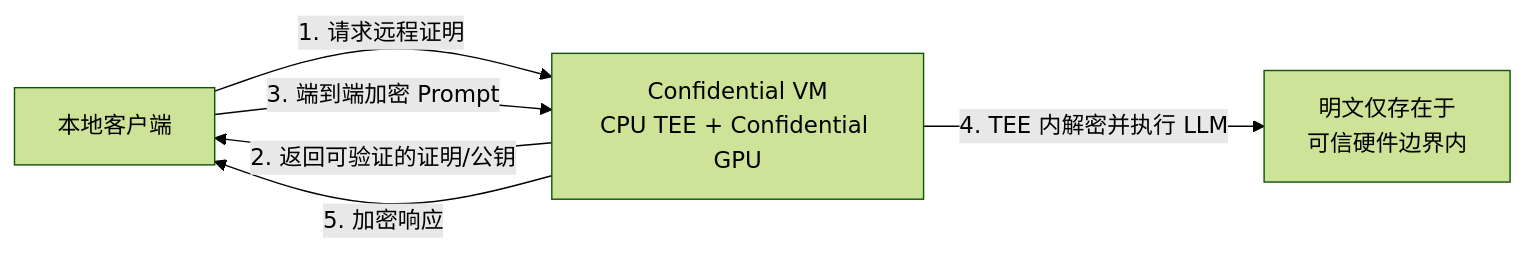
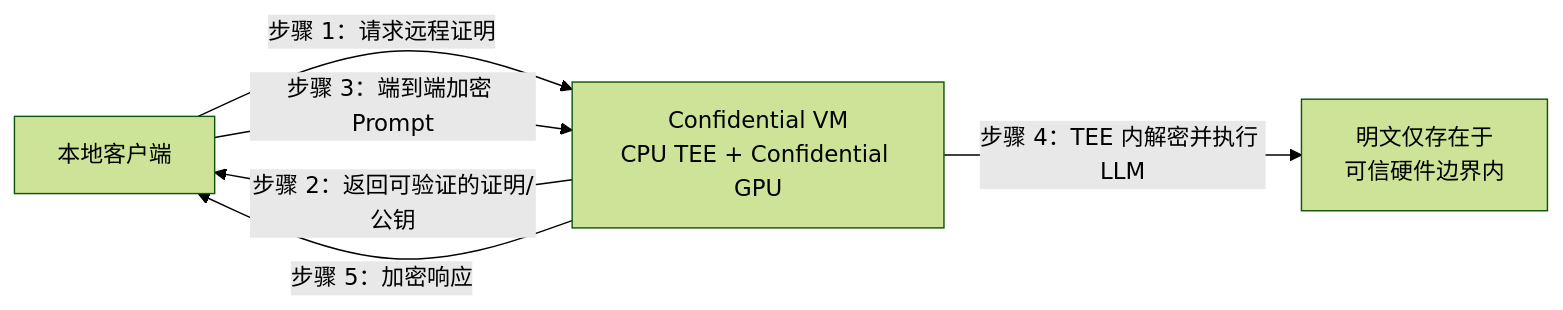
Before and after one commit to BeefWrap4/LLM-Knowledge-Base: the second of 2 diagrams in 28_端侧与边缘LLM.md, drawn with Mermaid (forest theme). The commit also changed 12 other files, not shown here.

Commit message:
Fix Mermaid markdown label rendering

````diff
--- a/28_端侧与边缘LLM.md
+++ b/28_端侧与边缘LLM.md
@@ -186,8 +186,8 @@
 ```mermaid
 graph LR
-    A["本地客户端"] -->|"1. 请求远程证明"| B["Confidential VM<br/>CPU TEE + Confidential GPU"]
-    B -->|"2. 返回可验证的证明/公钥"| A
-    A -->|"3. 端到端加密 Prompt"| B
-    B -->|"4. TEE 内解密并执行 LLM"| C["明文仅存在于<br/>可信硬件边界内"]
-    B -->|"5. 加密响应"| A
+    A["本地客户端"] -->|"步骤 1：请求远程证明"| B["Confidential VM<br/>CPU TEE + Confidential GPU"]
+    B -->|"步骤 2：返回可验证的证明/公钥"| A
+    A -->|"步骤 3：端到端加密 Prompt"| B
+    B -->|"步骤 4：TEE 内解密并执行 LLM"| C["明文仅存在于<br/>可信硬件边界内"]
+    B -->|"步骤 5：加密响应"| A
 ```
````
